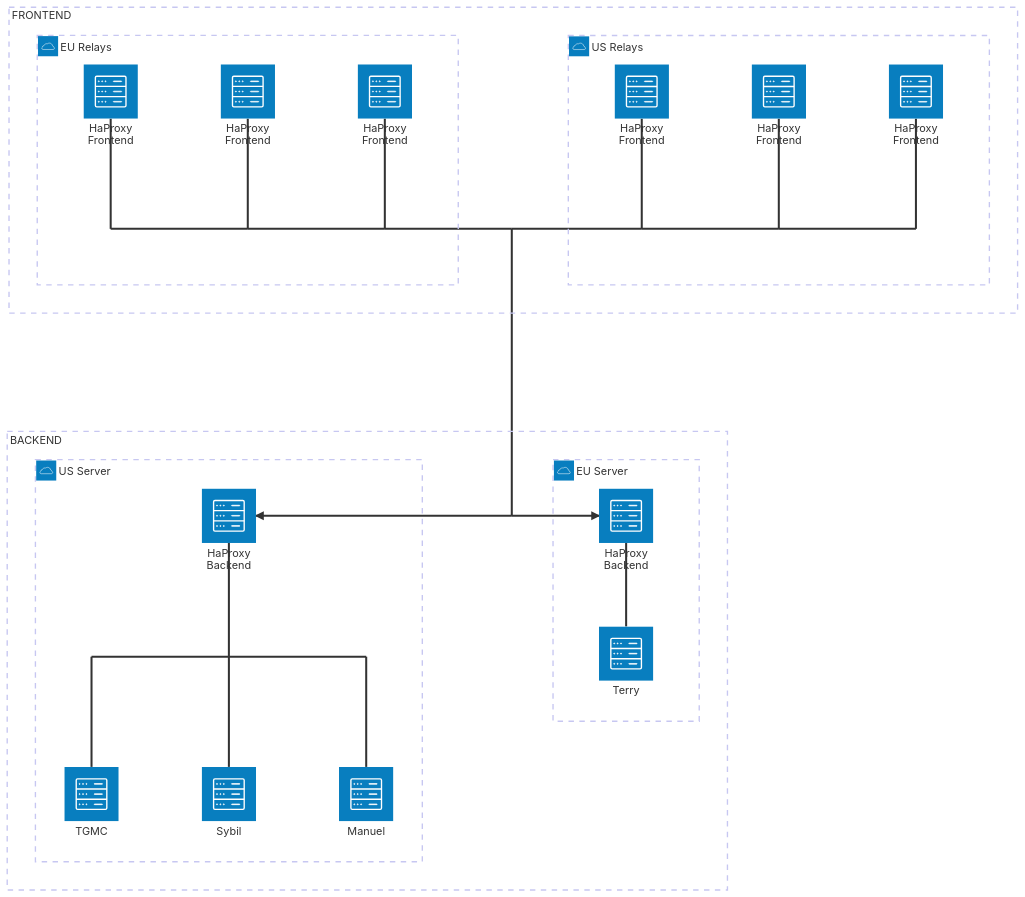
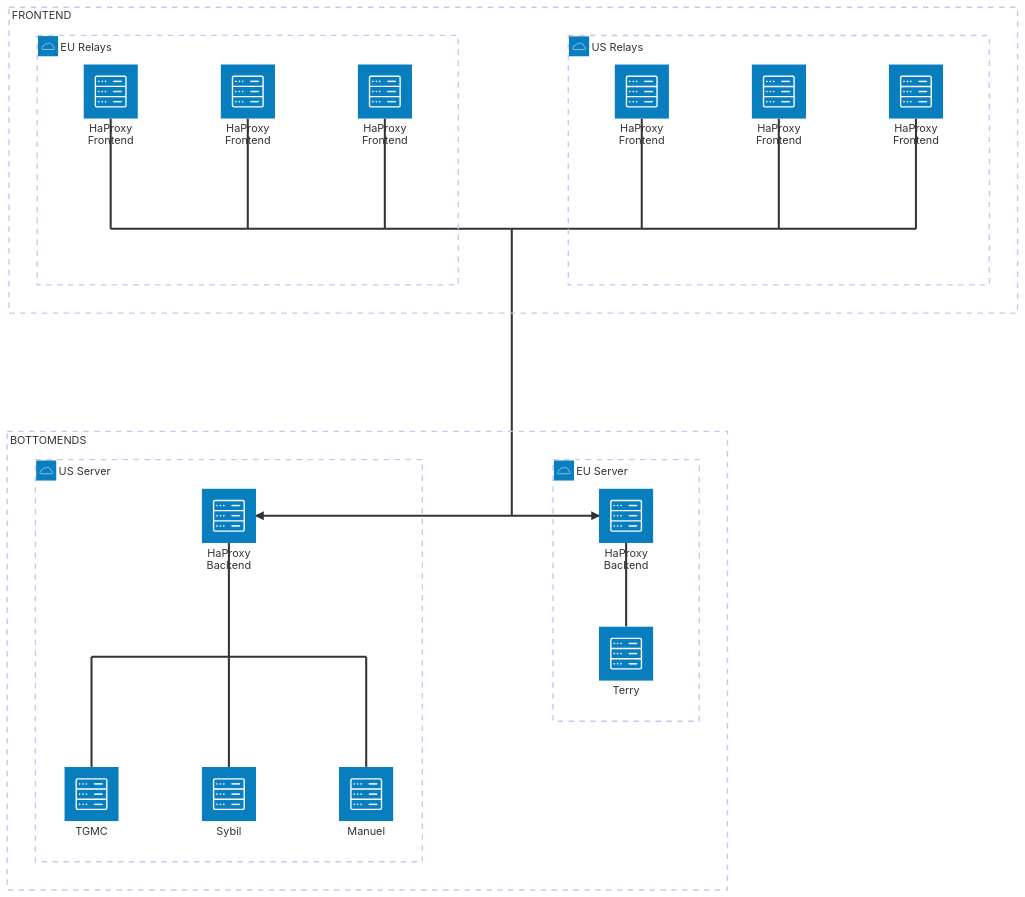
The first of 2 diagrams in README.md (tgstation-operations/infrastructure), drawn with Mermaid before and after one commit.

Commit message:
Update README.md
kick CI again.

````diff
--- a/README.md
+++ b/README.md
@@ -50,71 +50,71 @@
 ```mermaid
 architecture-beta
     %% The groups
     group frontend [FRONTEND]
-    group backend [BACKEND]
+    group backend [BOTTOMENDS]
     group usrelay(cloud)[US Relays] in frontend
     group eurelay(cloud)[EU Relays] in frontend
     group usdc(cloud)[US Server] in backend
     group eudc(cloud)[EU Server] in backend
     %% Allows for routing of lines
     junction usjunction1 in usrelay
     junction usjunction2 in usrelay
     junction usjunction3 in usrelay
     junction eujunction1 in eurelay
     junction eujunction2 in eurelay
     junction eujunction3 in eurelay
     
     %% Connects backends and frontends
     junction connecttop in frontend
     junction connectbottom in backend
 
     %% Allows for routing of us servers
     junction usserverjunction1 in usdc
     junction usserverjunction2 in usdc
     junction usserverjunction3 in usdc
     usserverjunction1:L -- R:usserverjunction2
     usserverjunction2:L -- R:usserverjunction3
     
     %%US frontend
     service relay1(server)[HaProxy Frontend] in usrelay
     relay1:B -- T:usjunction1
     service relay2(server)[HaProxy Frontend] in usrelay
     relay2:B -- T:usjunction2
     service relay3(server)[HaProxy Frontend] in usrelay
     relay3:B -- T:usjunction3
     usjunction1:L -- R:usjunction2
     usjunction2:L -- R:usjunction3
     usjunction3:L -- R:connecttop
 
     %%EU Frontend
     service relay4(server)[HaProxy Frontend] in eurelay
     relay4:B -- T:eujunction1
     service relay5(server)[HaProxy Frontend] in eurelay
     relay5:B -- T:eujunction2
     service relay6(server)[HaProxy Frontend] in eurelay
     relay6:B -- T:eujunction3
     eujunction1:R -- L:eujunction2
     eujunction2:R -- L:eujunction3
     eujunction3:R -- L:connecttop
 
     %% Connect backends and frontends
     connecttop:B -- T:connectbottom
 
     %% Backend haproxy and servers
     service backend1(server)[HaProxy Backend] in usdc
     service backend2(server)[HaProxy Backend] in eudc
     service manuel(server)[Manuel] in usdc
     service sybil(server)[Sybil] in usdc
     service tgmc(server)[TGMC] in usdc
     service terry(server)[Terry] in eudc
 
     %%Backend layout
     usserverjunction1:B -- T:manuel
     usserverjunction2:B -- T:sybil
     usserverjunction3:B -- T:tgmc
     usserverjunction2:T -- B:backend1
     
     backend2:B -- T:terry
     backend1:R <-- L:connectbottom
     backend2:L <-- R:connectbottom
 ```
````
